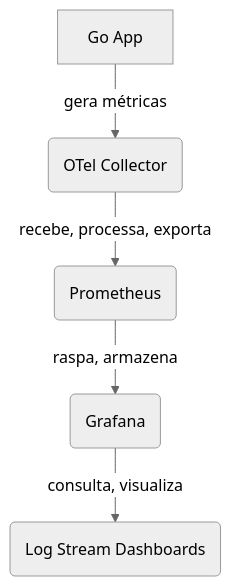
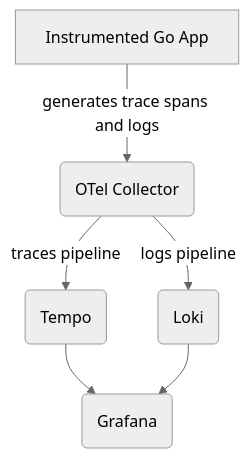
Before and after one commit to lserra/insider-threat-lab: the second of 2 diagrams in README.md, drawn with Mermaid (neutral theme). The commit also changed other lines of this file and 10 other files, not shown here.

````diff
--- a/README.md
+++ b/README.md
@@ -85,7 +118,8 @@
 ```mermaid
 flowchart TD
-    A[Go App] -->|gera métricas| B(OTel Collector)
-    B --> |recebe, processa, exporta| C(Prometheus)
-    C --> |raspa, armazena| D(Grafana)
-    D --> |consulta, visualiza| E(Log Stream Dashboards)
+    A[Instrumented Go App] -->|generates trace spans and logs| B(OTel Collector)
+    B -->|traces pipeline| C(Tempo)
+    B -->|logs pipeline| D(Loki)
+    C --> E(Grafana)
+    D --> E
 ```
````
